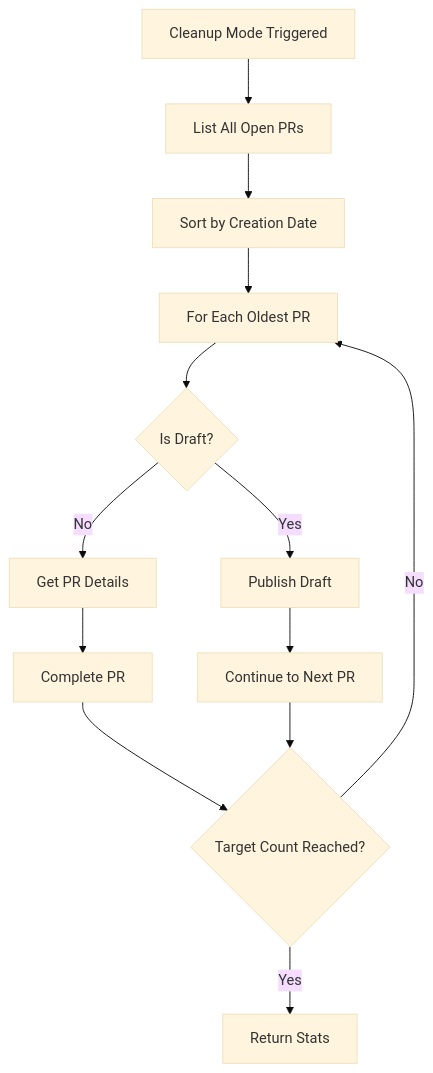
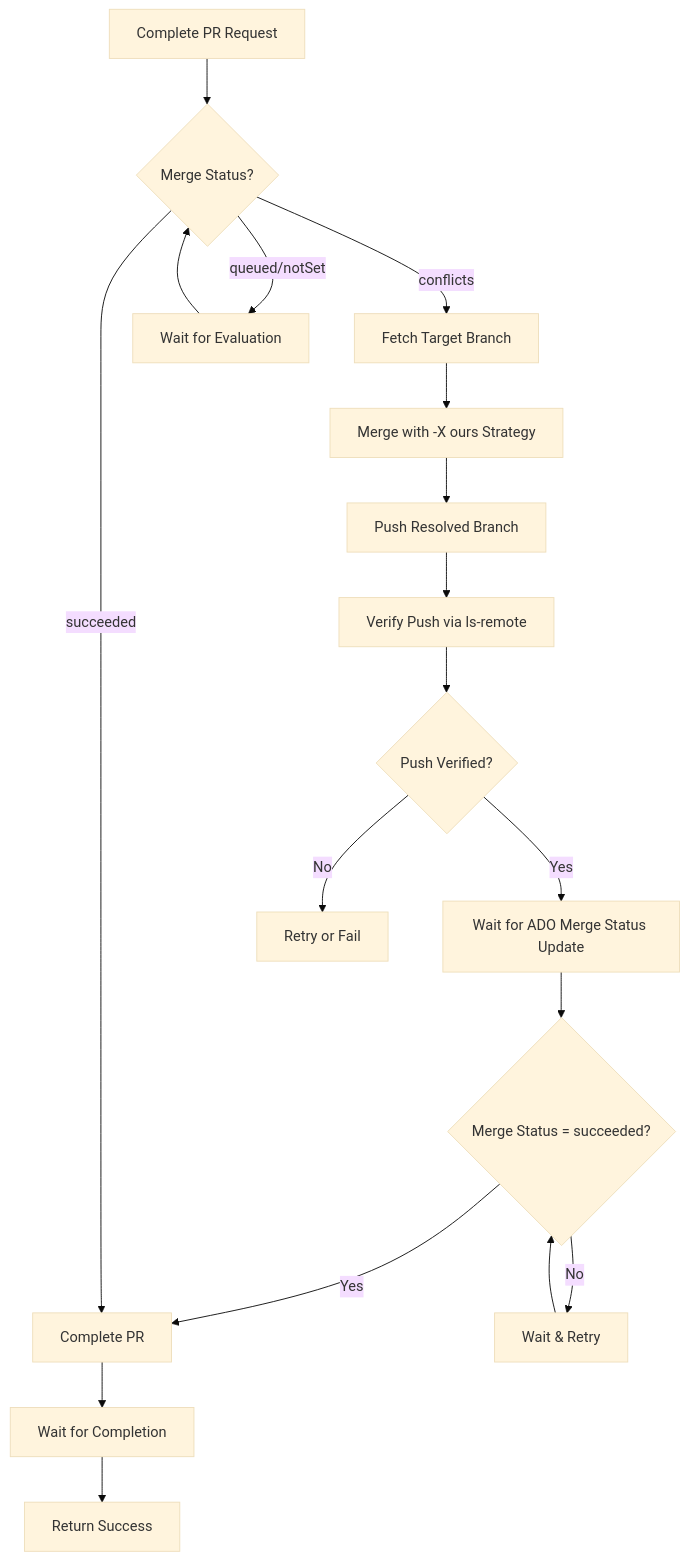
One commit to oddessentials/ado-git-repo-seeder changed the fourth of 11 diagrams in docs/internal/MERMAID.md. Above: the diagram before and after it, drawn with Mermaid (base theme). The commit also changed other lines of this file and 1 other file, not shown here.

Commit message:
docs(architecture): expand MERMAID diagrams, add README link

````diff
--- a/docs/internal/MERMAID.md
+++ b/docs/internal/MERMAID.md
@@ -33,18 +118,21 @@
 ```mermaid
 flowchart TD
-    A[Cleanup Mode Triggered] --> B[List All Open PRs]
-    B --> C[Sort by Creation Date]
-    C --> D[For Each Oldest PR]
+    A[Complete PR Request] --> B{Merge Status?}
+    B -->|conflicts| C[Fetch Target Branch]
+    C --> D[Merge with -X ours Strategy]
+    D --> E[Push Resolved Branch]
+    E --> F[Verify Push via ls-remote]
+    F --> G{Push Verified?}
+    G -->|Yes| H[Wait for ADO Merge Status Update]
+    G -->|No| I[Retry or Fail]
+    H --> J{Merge Status = succeeded?}
+    J -->|Yes| K[Complete PR]
+    J -->|No| L[Wait & Retry]
+    L --> J
+    K --> M[Wait for Completion]
+    M --> N[Return Success]
     
-    D --> E{Is Draft?}
-    E -->|Yes| F[Publish Draft]
-    F --> G[Continue to Next PR]
-    
-    E -->|No| H[Get PR Details]
-    H --> I[Complete PR]
-    I --> J{Target Count Reached?}
-    
-    J -->|No| D
-    J -->|Yes| K[Return Stats]
-    G --> J
+    B -->|succeeded| K
+    B -->|queued/notSet| O[Wait for Evaluation]
+    O --> B
 ```
````
